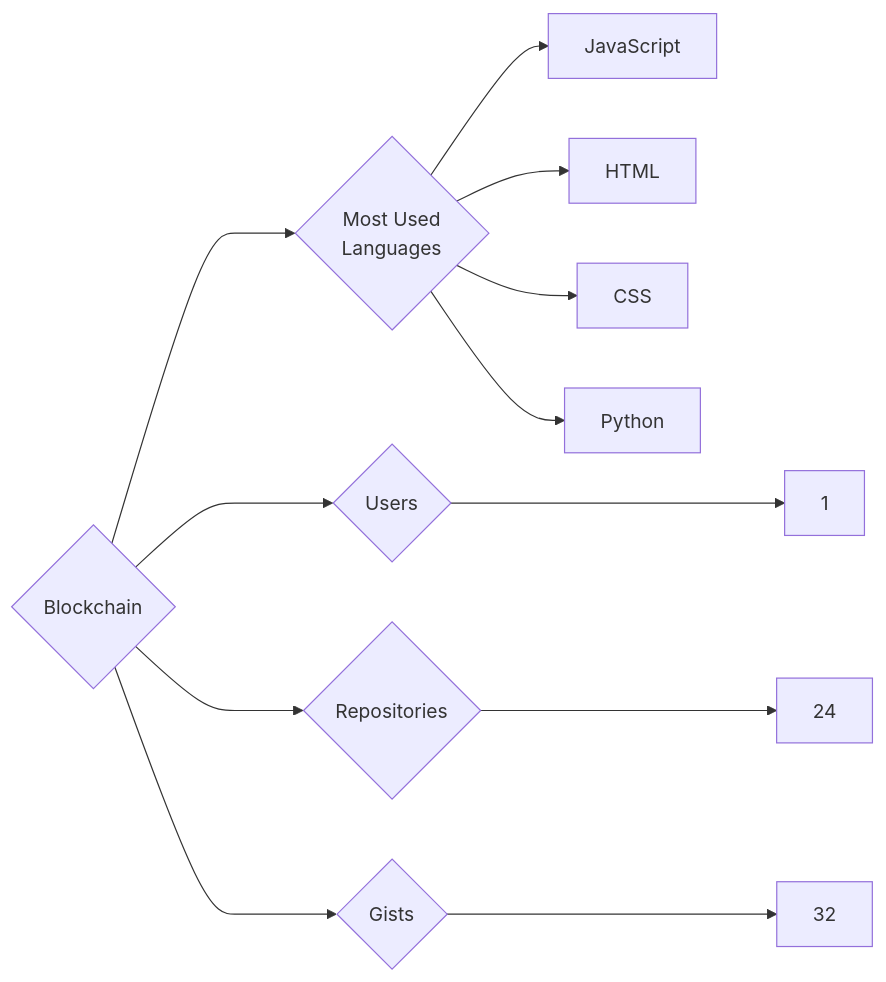
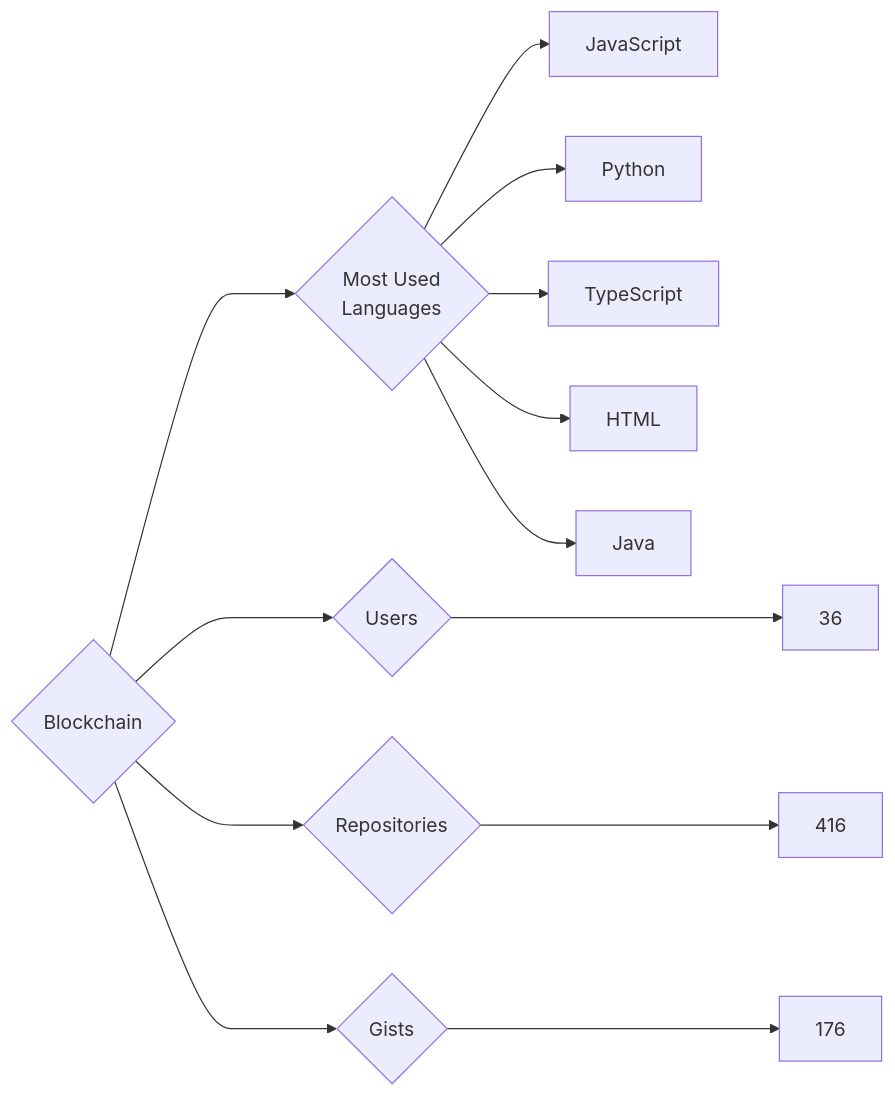
One commit to trickest/insiders changed the diagram in targets/Blockchain/README.md. Above: the diagram before and after it, drawn with Mermaid. The commit also changed 899 other files, not shown here.

````diff
--- a/targets/Blockchain/README.md
+++ b/targets/Blockchain/README.md
@@ -3,12 +3,13 @@
 ```mermaid
 graph LR
 COMPANY_NAME{Blockchain}
-COMPANY_NAME ---> U{Users} ---> UN[1]
-COMPANY_NAME ---> R{Repositories} ---> RN[24]
-COMPANY_NAME ---> G{Gists} ---> GN[32]
+COMPANY_NAME ---> U{Users} ---> UN[36]
+COMPANY_NAME ---> R{Repositories} ---> RN[416]
+COMPANY_NAME ---> G{Gists} ---> GN[176]
 COMPANY_NAME ---> ML{Most Used<br>Languages}
 ML --> JavaScript[JavaScript]
+ML --> Python[Python]
+ML --> TypeScript[TypeScript]
 ML --> HTML[HTML]
-ML --> CSS[CSS]
-ML --> Python[Python]
+ML --> Java[Java]
 ```
````
